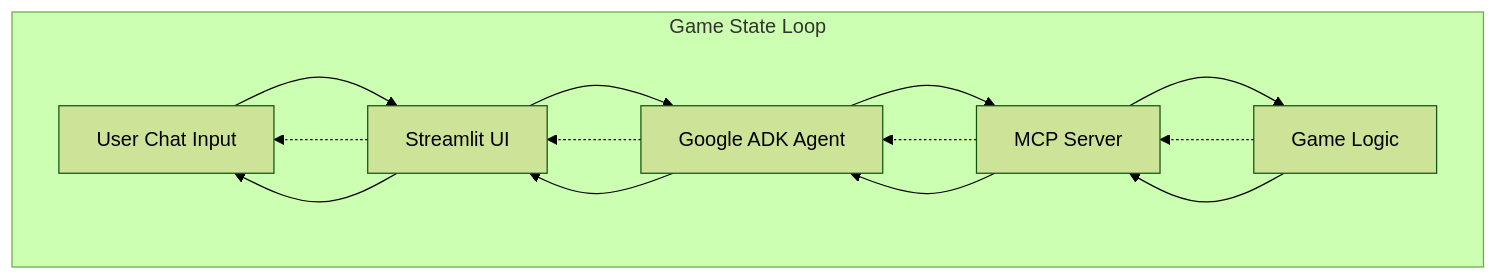
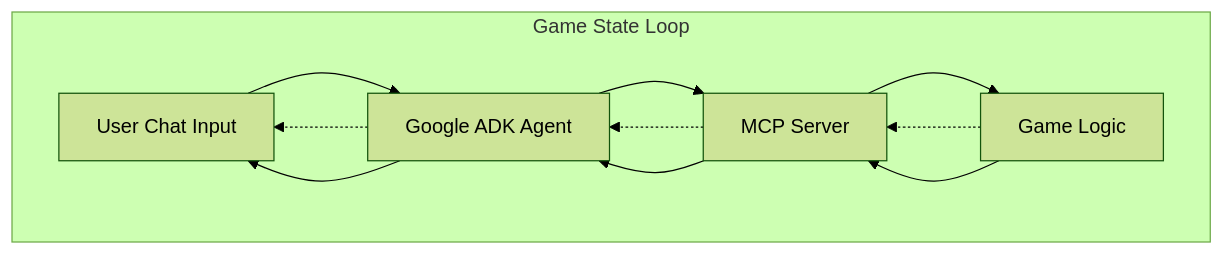
One commit to MarinCervinschi/mcp-maze-runner changed the diagram in README.md. Above: the diagram before and after it, drawn with Mermaid (forest theme). The commit also changed other lines of this file and 2 other files, not shown here.

````diff
--- a/README.md
+++ b/README.md
@@ -11,18 +11,15 @@
 ```mermaid
 graph TD
-    A[User Chat Input] --> B[Streamlit UI]
-    B --> C[Google ADK Agent]
-    C --> D[MCP Server]
-    D --> E[Game Logic]
-    E -.-> D
+    A[User Chat Input] --> B[Google ADK Agent]
+    B --> C[MCP Server]
+    C --> D[Game Logic]
     D -.-> C
     C -.-> B
     B -.-> A
     
     subgraph "Game State Loop"
-        E --> D
         D --> C
         C --> B
         B --> A
     end
 ```
````
